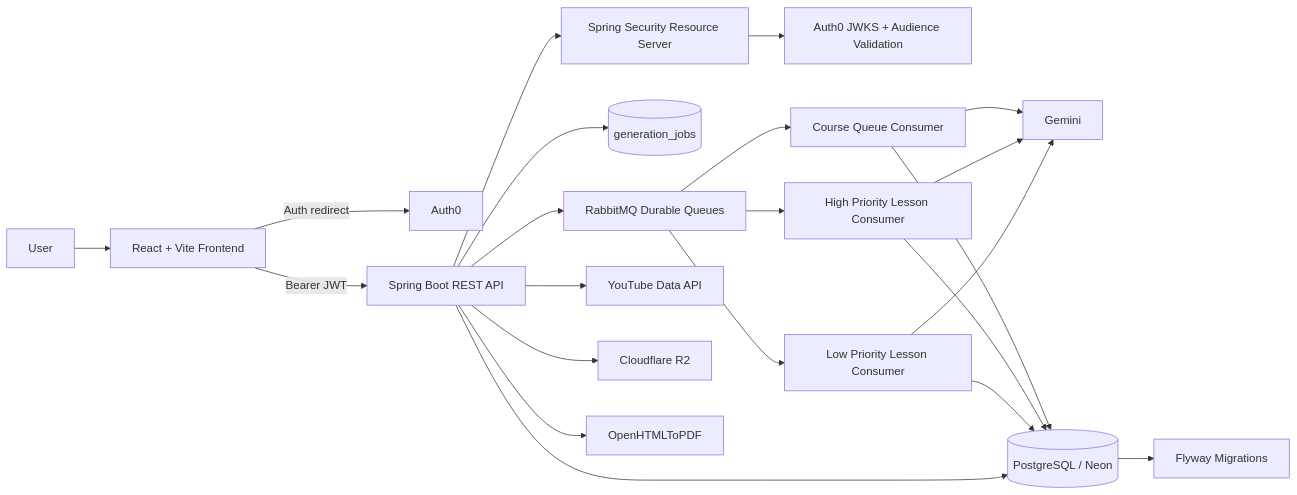
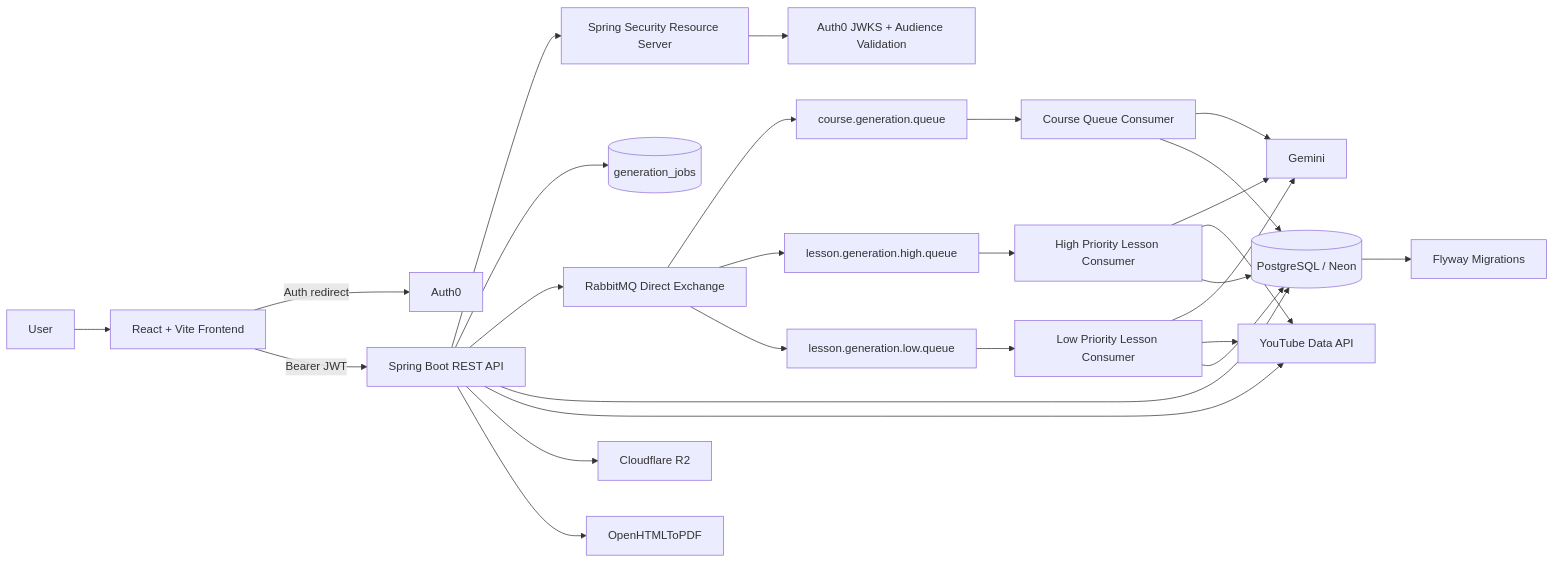
The first of 8 diagrams in README.md (abhinav1karthik/Text-to-Learn-AI), drawn with Mermaid before and after one commit. The commit also changed other lines of this file, not shown here.

Commit message:
Document final queue-backed architecture

````diff
--- a/README.md
+++ b/README.md
@@ -47,27 +48,32 @@
 ```mermaid
 flowchart LR
     User[User] --> Browser[React + Vite Frontend]
     Browser -->|Auth redirect| Auth0[Auth0]
     Browser -->|Bearer JWT| API[Spring Boot REST API]
 
     API --> Security[Spring Security Resource Server]
     Security --> Auth0JWKS[Auth0 JWKS + Audience Validation]
 
     API --> Jobs[(generation_jobs)]
-    API --> Rabbit[RabbitMQ Durable Queues]
-    Rabbit --> CourseWorker[Course Queue Consumer]
-    Rabbit --> HighLessonWorker[High Priority Lesson Consumer]
-    Rabbit --> LowLessonWorker[Low Priority Lesson Consumer]
+    API --> Rabbit[RabbitMQ Direct Exchange]
+    Rabbit --> CourseQueue[course.generation.queue]
+    Rabbit --> HighQueue[lesson.generation.high.queue]
+    Rabbit --> LowQueue[lesson.generation.low.queue]
+    CourseQueue --> CourseWorker[Course Queue Consumer]
+    HighQueue --> HighLessonWorker[High Priority Lesson Consumer]
+    LowQueue --> LowLessonWorker[Low Priority Lesson Consumer]
     CourseWorker --> Gemini
     HighLessonWorker --> Gemini
     LowLessonWorker --> Gemini
+    HighLessonWorker --> YouTube[YouTube Data API]
+    LowLessonWorker --> YouTube
     CourseWorker --> DB[(PostgreSQL / Neon)]
     HighLessonWorker --> DB
     LowLessonWorker --> DB
     API --> DB
-    API --> YouTube[YouTube Data API]
+    API --> YouTube
     API --> R2[Cloudflare R2]
     API --> PDF[OpenHTMLToPDF]
 
     DB --> Flyway[Flyway Migrations]
 ```
````
